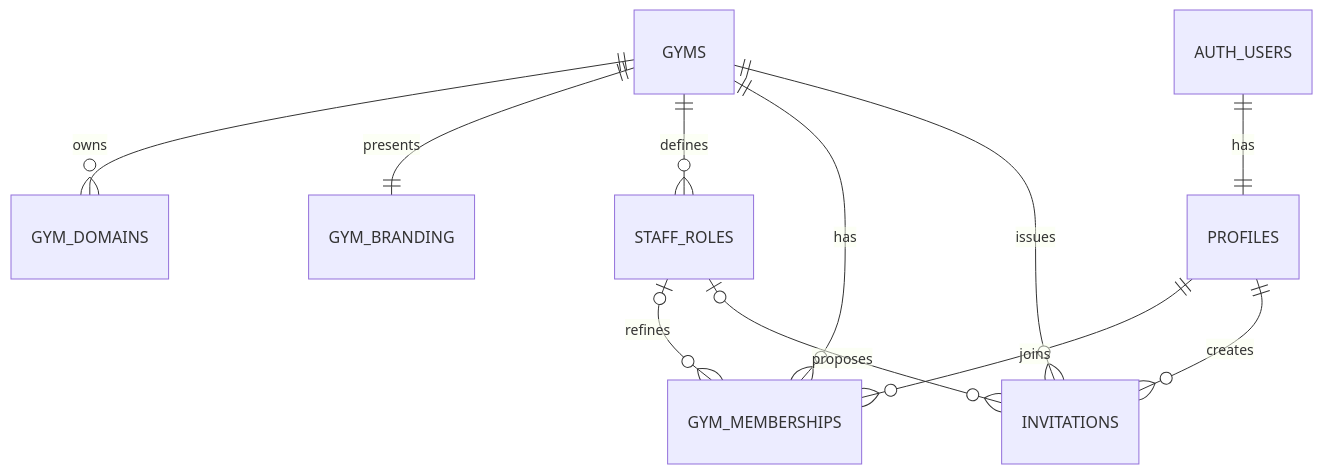
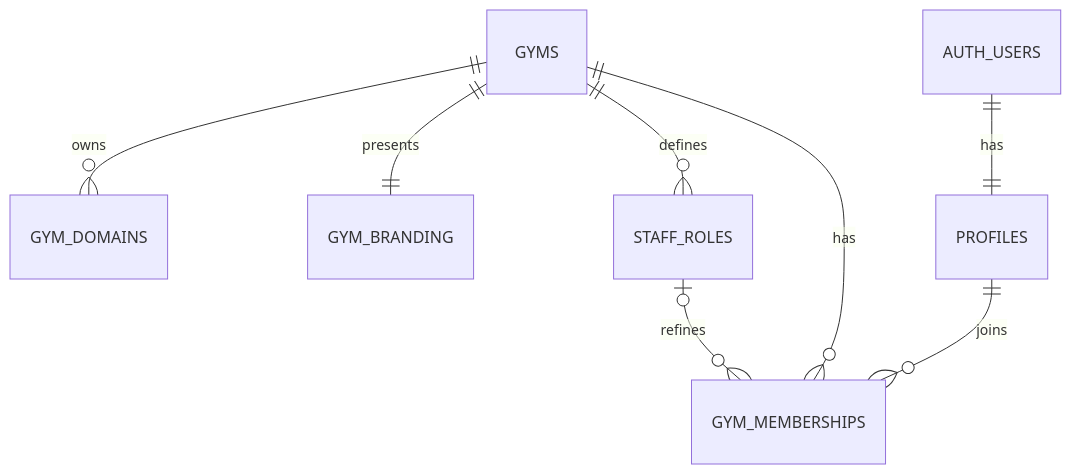
The first of 3 diagrams in docs/data-model.md (olees20/mycrux), drawn with Mermaid before and after one commit. The commit also changed other lines of this file and 81 other files, not shown here.

Commit message:
QR code flow and deletions

````diff
--- a/docs/data-model.md
+++ b/docs/data-model.md
@@ -9,13 +9,10 @@
 ```mermaid
 erDiagram
   AUTH_USERS ||--|| PROFILES : has
   GYMS ||--o{ GYM_DOMAINS : owns
   GYMS ||--|| GYM_BRANDING : presents
   GYMS ||--o{ STAFF_ROLES : defines
   GYMS ||--o{ GYM_MEMBERSHIPS : has
   PROFILES ||--o{ GYM_MEMBERSHIPS : joins
   STAFF_ROLES o|--o{ GYM_MEMBERSHIPS : refines
-  GYMS ||--o{ INVITATIONS : issues
-  STAFF_ROLES o|--o{ INVITATIONS : proposes
-  PROFILES ||--o{ INVITATIONS : creates
 ```
````
